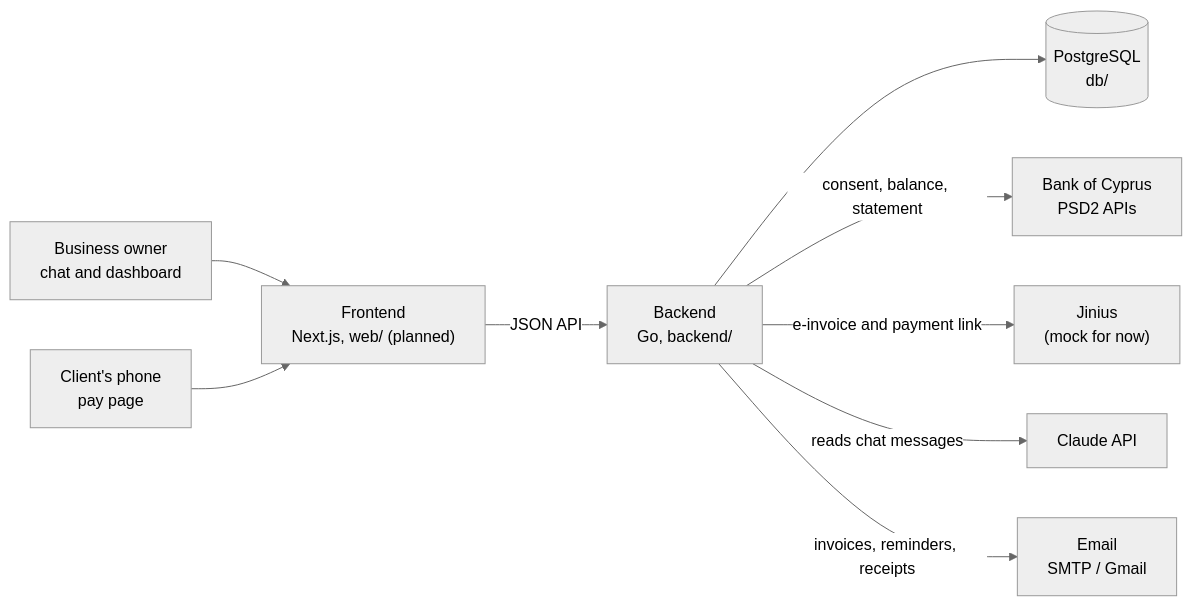
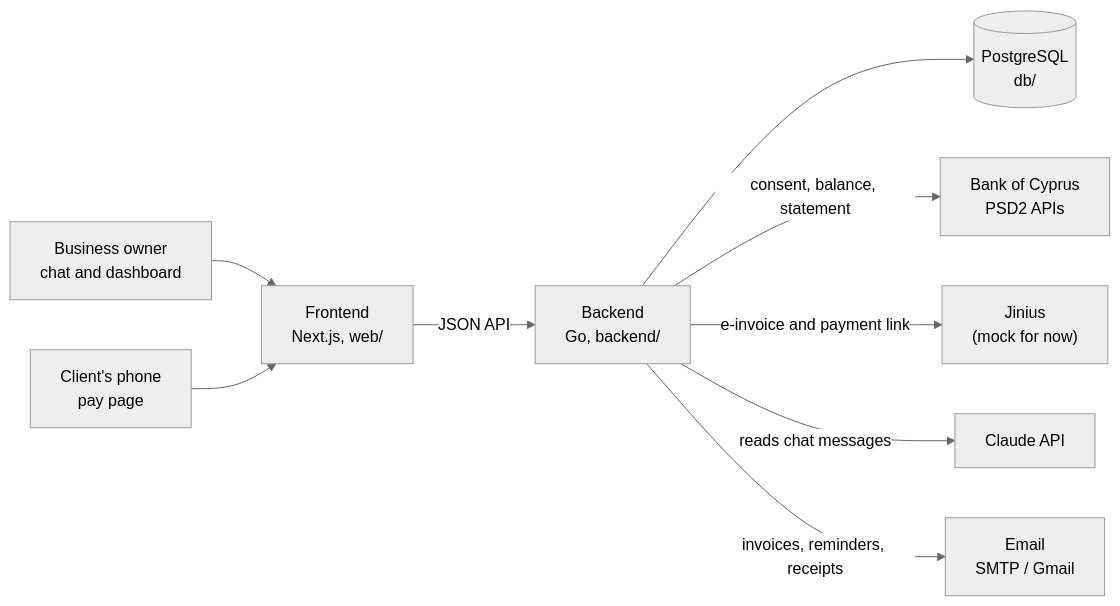
The diagram in README.md (RostKostia/SKA), drawn with Mermaid (neutral theme) before and after one commit. The commit also changed other lines of this file and 8 other files, not shown here.

````diff
--- a/README.md
+++ b/README.md
@@ -29,11 +29,11 @@
 ```mermaid
 flowchart LR
-  owner["Business owner<br/>chat and dashboard"] --> web["Frontend<br/>Next.js, web/ (planned)"]
+  owner["Business owner<br/>chat and dashboard"] --> web["Frontend<br/>Next.js, web/"]
   client["Client's phone<br/>pay page"] --> web
   web -->|JSON API| api["Backend<br/>Go, backend/"]
   api --> db[("PostgreSQL<br/>db/")]
   api -->|"consent, balance, statement"| boc["Bank of Cyprus<br/>PSD2 APIs"]
   api -->|"e-invoice and payment link"| jinius["Jinius<br/>(mock for now)"]
   api -->|"reads chat messages"| claude["Claude API"]
   api -->|"invoices, reminders, receipts"| mail["Email<br/>SMTP / Gmail"]
 ```
````
